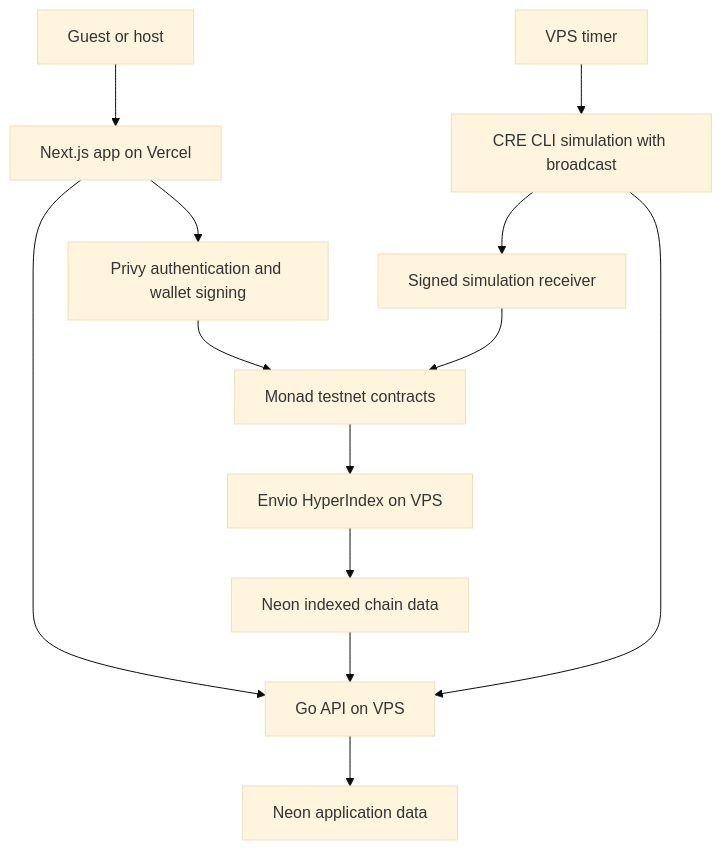
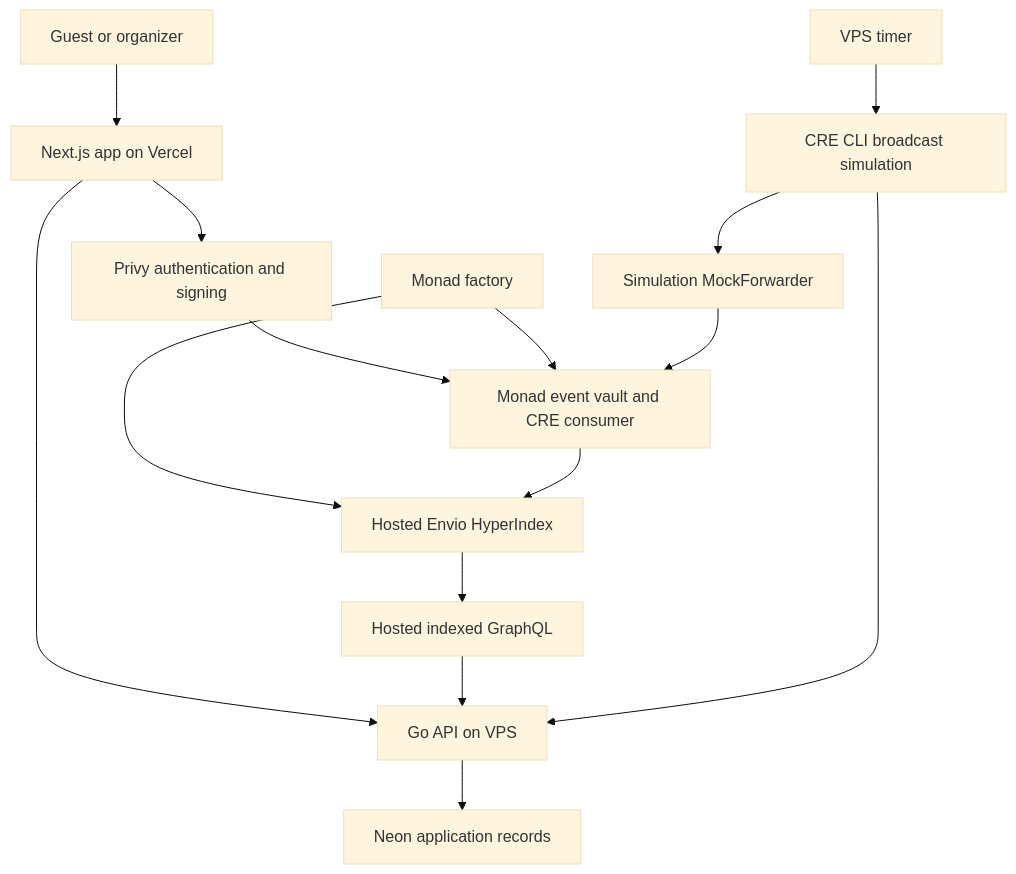
The diagram in docs/gitbook/technical/architecture.md (EndPx/commitpass), drawn with Mermaid (base theme) before and after one commit. The commit also changed other lines of this file and 12 other files, not shown here.

Commit message:
Refresh GitBook for direct vault CRE and hosted Envio

````diff
--- a/docs/gitbook/technical/architecture.md
+++ b/docs/gitbook/technical/architecture.md
@@ -9,15 +9,17 @@
 ```mermaid
 flowchart TB
-    Guest[Guest or host] --> Web[Next.js app on Vercel]
-    Web --> Privy[Privy authentication and wallet signing]
-    Privy --> Chain[Monad testnet contracts]
+    User[Guest or organizer] --> Web[Next.js app on Vercel]
+    Web --> Privy[Privy authentication and signing]
+    Privy --> Vault[Monad event vault and CRE consumer]
+    Factory[Monad factory] --> Vault
     Web --> API[Go API on VPS]
-    API --> AppDB[Neon application data]
-    Chain --> Envio[Envio HyperIndex on VPS]
-    Envio --> IndexDB[Neon indexed chain data]
-    IndexDB --> API
-    Timer[VPS timer] --> CRE[CRE CLI simulation with broadcast]
+    API --> AppDB[Neon application records]
+    Factory --> Envio[Hosted Envio HyperIndex]
+    Vault --> Envio
+    Envio --> GraphQL[Hosted indexed GraphQL]
+    GraphQL --> API
+    Timer[VPS timer] --> CRE[CRE CLI broadcast simulation]
     CRE --> API
-    CRE --> Receiver[Signed simulation receiver]
-    Receiver --> Chain
+    CRE --> Forwarder[Simulation MockForwarder]
+    Forwarder --> Vault
 ```
````
